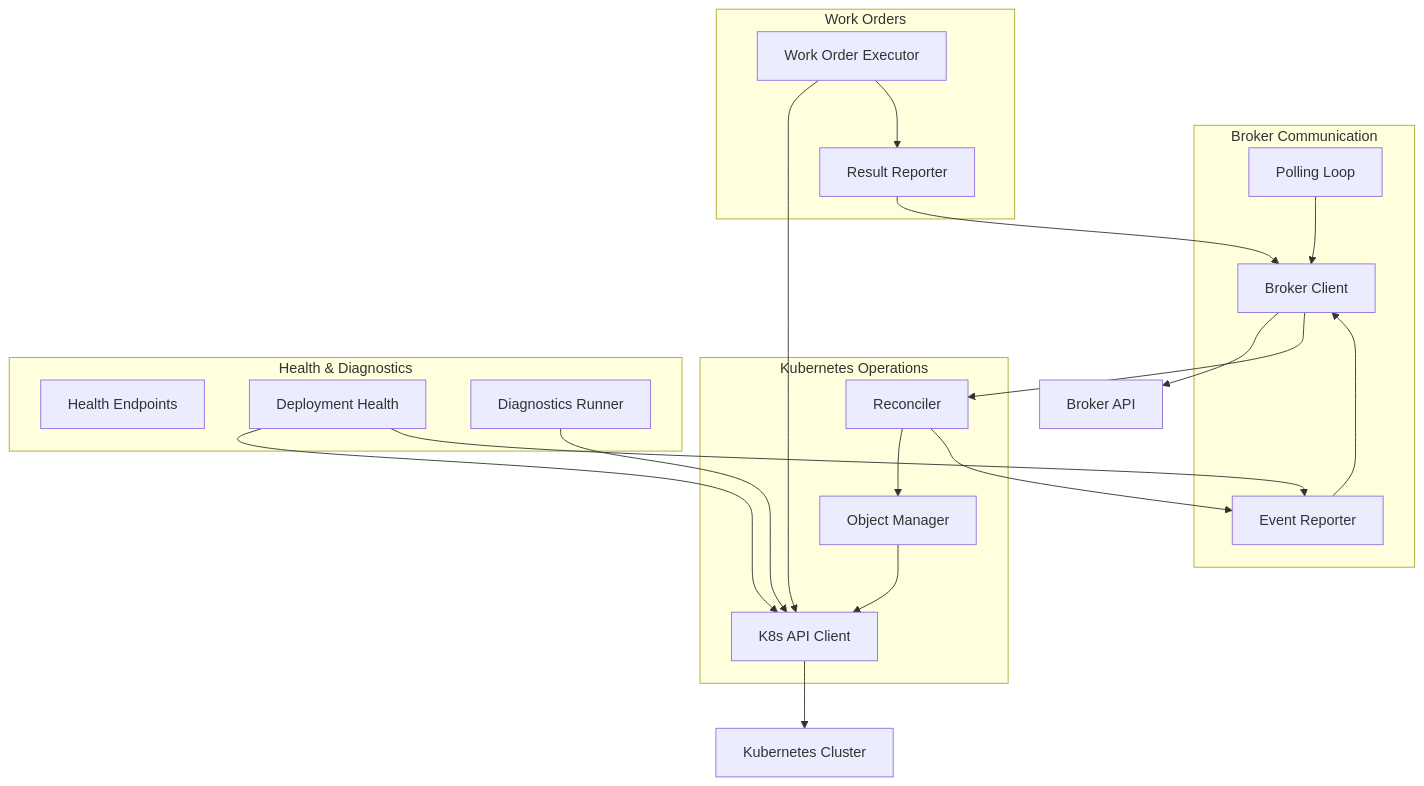
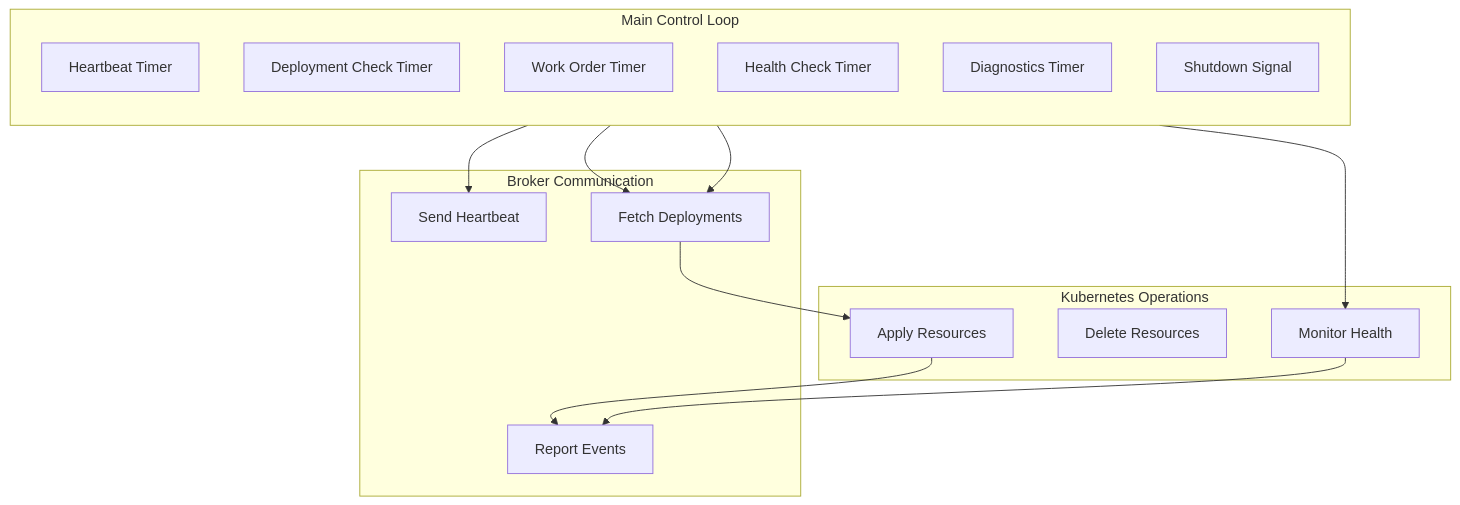
Before and after one commit to colliery-io/brokkr: the second of 4 diagrams in docs/content/explanation/architecture.md, drawn with Mermaid. The commit also changed other lines of this file and 28 other files, not shown here.

```diff
--- a/docs/content/explanation/architecture.md
+++ b/docs/content/explanation/architecture.md
@@ -116,43 +139,32 @@
 {{< mermaid >}}
 flowchart TB
-    subgraph BrokerComm["Broker Communication"]
-        Client[Broker Client]
-        Poller[Polling Loop]
-        EventReporter[Event Reporter]
+    subgraph Loop["Main Control Loop"]
+        direction TB
+        HB[Heartbeat Timer]
+        Deploy[Deployment Check Timer]
+        WO[Work Order Timer]
+        Health[Health Check Timer]
+        Diag[Diagnostics Timer]
+        Shutdown[Shutdown Signal]
+    end
+
+    subgraph Broker["Broker Communication"]
+        Fetch[Fetch Deployments]
+        Report[Report Events]
+        Beat[Send Heartbeat]
     end
 
     subgraph K8s["Kubernetes Operations"]
-        K8sAPI[K8s API Client]
-        Objects[Object Manager]
-        Reconciler[Reconciler]
+        Apply[Apply Resources]
+        Delete[Delete Resources]
+        Monitor[Monitor Health]
     end
 
-    subgraph Health["Health & Diagnostics"]
-        HealthCheck[Health Endpoints]
-        DeployHealth[Deployment Health]
-        Diagnostics[Diagnostics Runner]
-    end
-
-    subgraph WorkOrders["Work Orders"]
-        WOExecutor[Work Order Executor]
-        WOReporter[Result Reporter]
-    end
-
-    Broker[Broker API]
-    Cluster[Kubernetes Cluster]
-
-    Poller --> Client
-    Client --> Broker
-    Client --> Reconciler
-    Reconciler --> Objects
-    Objects --> K8sAPI
-    K8sAPI --> Cluster
-    Reconciler --> EventReporter
-    EventReporter --> Client
-    DeployHealth --> K8sAPI
-    DeployHealth --> EventReporter
-    Diagnostics --> K8sAPI
-    WOExecutor --> K8sAPI
-    WOExecutor --> WOReporter
-    WOReporter --> Client
+    HB --> Beat
+    Deploy --> Fetch
+    Fetch --> Apply
+    Apply --> Report
+    WO --> Fetch
+    Health --> Monitor
+    Monitor --> Report
 {{< /mermaid >}}
```
